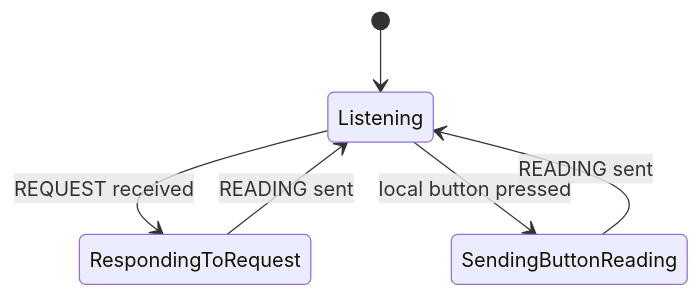
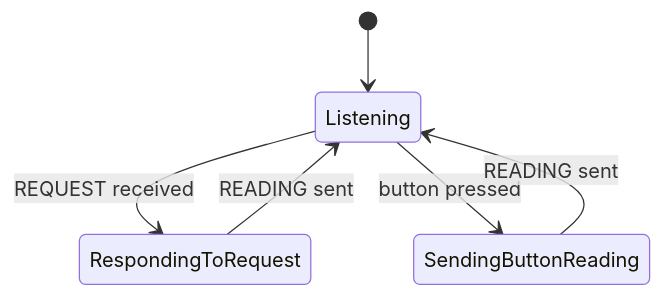
One commit to wikto-100/iot-thermometer changed the third of 4 diagrams in docs/temperature-request-design.md. Above: the diagram before and after it, drawn with Mermaid. The commit also changed other lines of this file and 37 other files, not shown here.

````diff
--- a/docs/temperature-request-design.md
+++ b/docs/temperature-request-design.md
@@ -81,8 +63,8 @@
 ```mermaid
 stateDiagram-v2
     [*] --> Listening
     Listening --> RespondingToRequest: REQUEST received
     RespondingToRequest --> Listening: READING sent
-    Listening --> SendingButtonReading: local button pressed
+    Listening --> SendingButtonReading: button pressed
     SendingButtonReading --> Listening: READING sent
 ```
````
